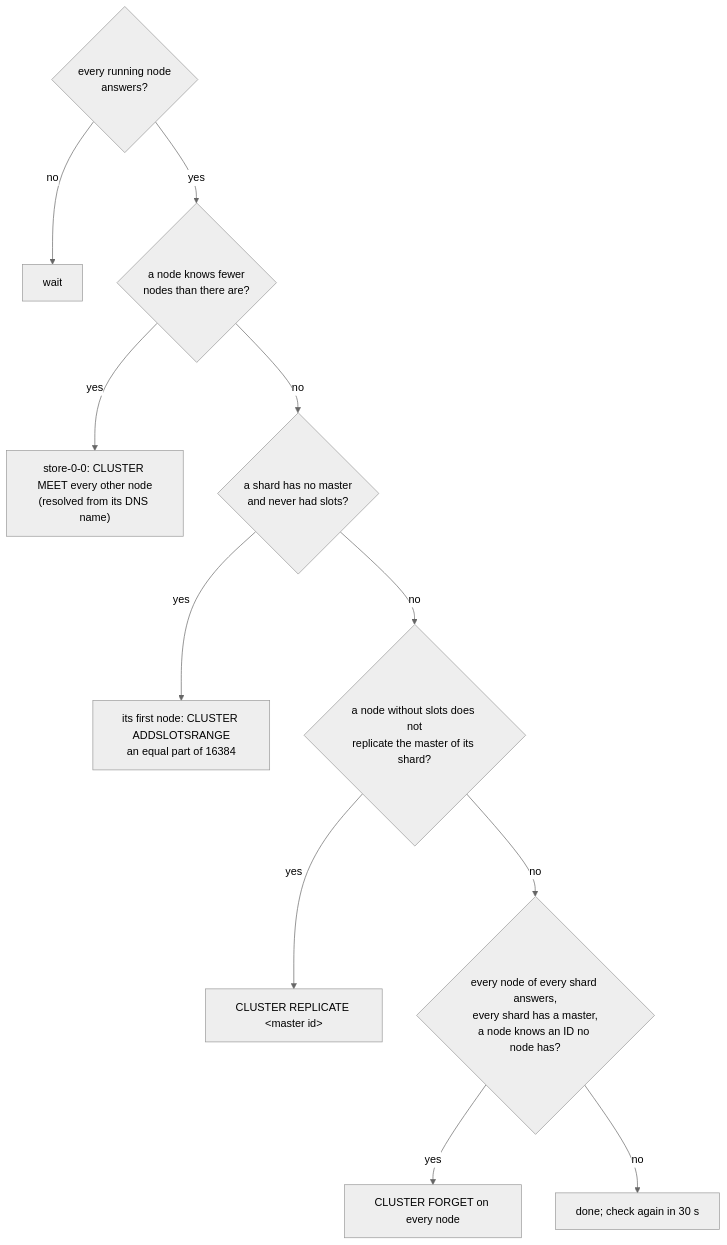
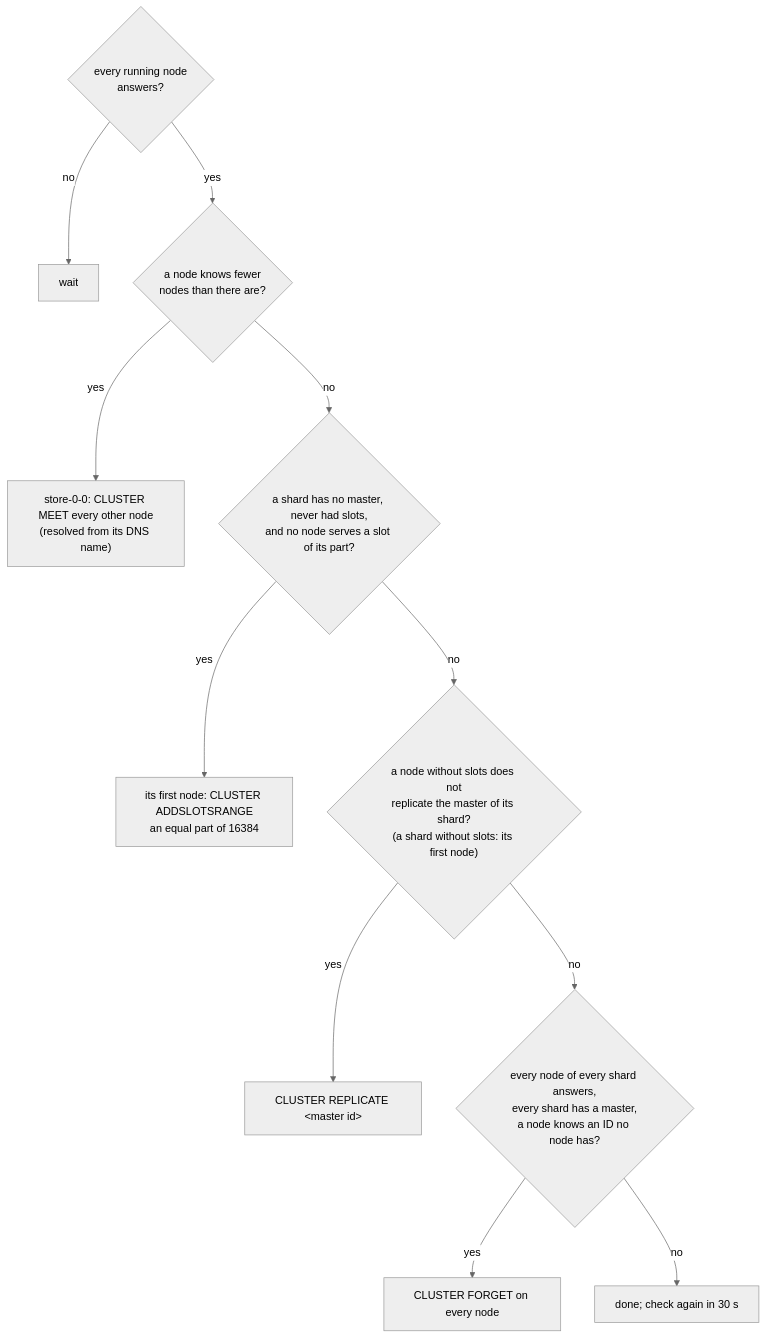
Before and after one commit to MrPickle311/redis-operator: diagram 13 of 14 in docs/architecture.md, drawn with Mermaid (neutral theme). The commit also changed other lines of this file and 4 other files, not shown here.

````diff
--- a/docs/architecture.md
+++ b/docs/architecture.md
@@ -1464,13 +1466,13 @@
 ```mermaid
 flowchart TD
     A{"every running node<br/>answers?"} -- no --> W["wait"]
     A -- yes --> B{"a node knows fewer<br/>nodes than there are?"}
     B -- yes --> M["store-0-0: CLUSTER MEET every other node<br/>(resolved from its DNS name)"]
-    B -- no --> C{"a shard has no master<br/>and never had slots?"}
+    B -- no --> C{"a shard has no master, never had slots,<br/>and no node serves a slot of its part?"}
     C -- yes --> S["its first node: CLUSTER ADDSLOTSRANGE<br/>an equal part of 16384"]
-    C -- no --> D{"a node without slots does not<br/>replicate the master of its shard?"}
+    C -- no --> D{"a node without slots does not<br/>replicate the master of its shard?<br/>(a shard without slots: its first node)"}
     D -- yes --> R["CLUSTER REPLICATE &lt;master id&gt;"]
     D -- no --> E{"every node of every shard answers,<br/>every shard has a master,<br/>a node knows an ID no node has?"}
     E -- yes --> F["CLUSTER FORGET on every node"]
     E -- no --> OK["done; check again in 30 s"]
 ```
````
